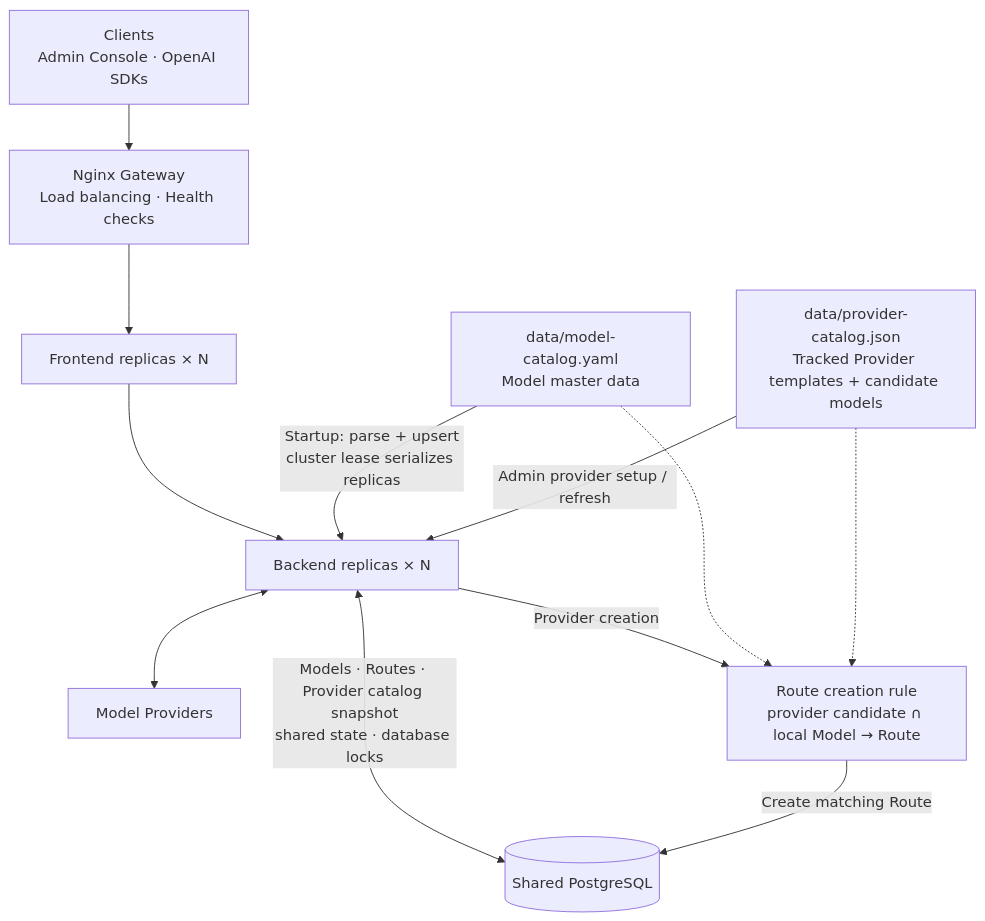
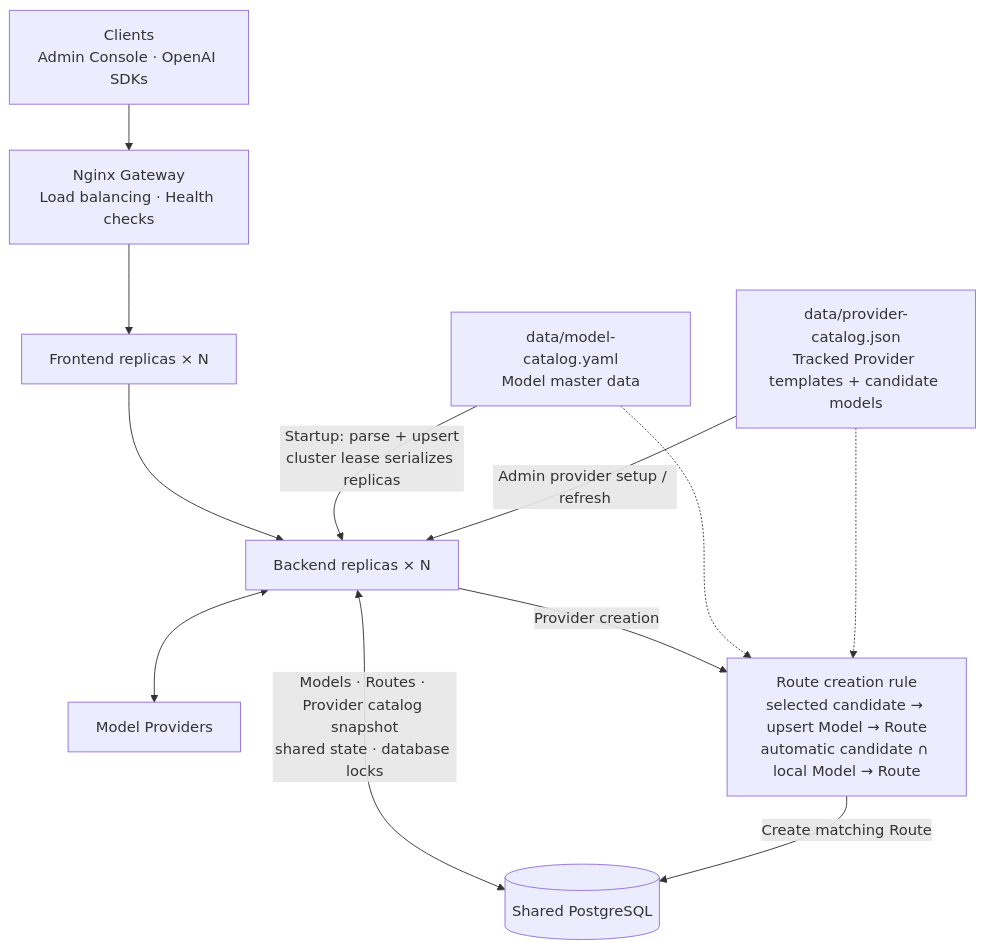
One commit to IIXINGCHEN/TokenHub changed the diagram in docs/deployment.md. Above: the diagram before and after it, drawn with Mermaid. The commit also changed other lines of this file and 7 other files, not shown here.

````diff
--- a/docs/deployment.md
+++ b/docs/deployment.md
@@ -53,16 +53,16 @@
 ```mermaid
 flowchart TB
     clients["Clients<br/>Admin Console · OpenAI SDKs"] --> nginx["Nginx Gateway<br/>Load balancing · Health checks"]
     nginx --> frontend["Frontend replicas × N"]
     frontend --> backend["Backend replicas × N"]
     backend <--> providers["Model Providers"]
 
     local["data/model-catalog.yaml<br/>Model master data"] -->|"Startup: parse + upsert<br/>cluster lease serializes replicas"| backend
     providerCatalog["data/provider-catalog.json<br/>Tracked Provider templates + candidate models"] -->|"Admin provider setup / refresh"| backend
     backend <-->|"Models · Routes · Provider catalog snapshot<br/>shared state · database locks"| postgres[("Shared PostgreSQL")]
 
-    backend -->|"Provider creation"| rule["Route creation rule<br/>provider candidate ∩ local Model → Route"]
+    backend -->|"Provider creation"| rule["Route creation rule<br/>selected candidate → upsert Model → Route<br/>automatic candidate ∩ local Model → Route"]
     local -.-> rule
     providerCatalog -.-> rule
     rule -->|"Create matching Route"| postgres
 ```
````
